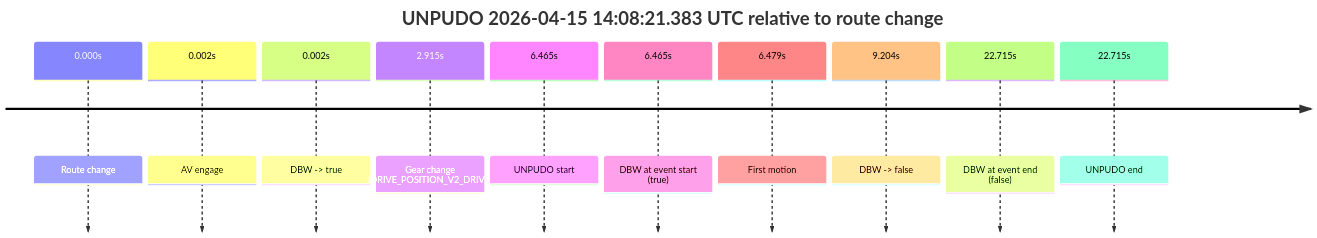
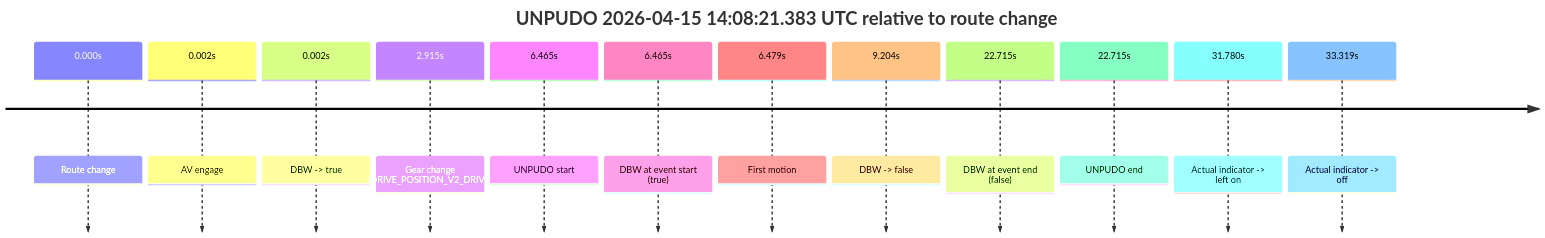
The first of 6 diagrams in model_analysis/report_cards/2026/04/Week-3/fme10010--2026-04-15--13-36-23--gen2-av-f1432a3a-2962-4aaf-9fca-bf38ea9b222d.md (yoelshapiro/vault), drawn with Mermaid before and after one commit. The commit also changed other lines of this file and 50 other files, not shown here.

````diff
--- a/model_analysis/report_cards/2026/04/Week-3/fme10010--2026-04-15--13-36-23--gen2-av-f1432a3a-2962-4aaf-9fca-bf38ea9b222d.md
+++ b/model_analysis/report_cards/2026/04/Week-3/fme10010--2026-04-15--13-36-23--gen2-av-f1432a3a-2962-4aaf-9fca-bf38ea9b222d.md
@@ -43,14 +45,16 @@
 ```mermaid
 timeline
     title UNPUDO 2026-04-15 14:08:21.383 UTC relative to route change
     0.000s : Route change
     0.002s : AV engage
     0.002s : DBW -> true
     2.915s : Gear change (DRIVE_POSITION_V2_DRIVE)
     6.465s : UNPUDO start
     6.465s : DBW at event start (true)
     6.479s : First motion
     9.204s : DBW -> false
     22.715s : DBW at event end (false)
     22.715s : UNPUDO end
+    31.780s : Actual indicator -> left on
+    33.319s : Actual indicator -> off
 ```
````
